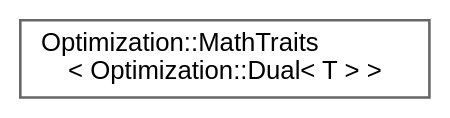
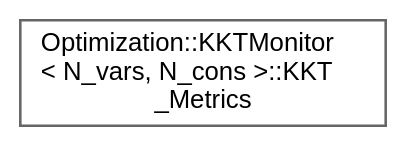
The diagram in inherit_graph_35.dot (jswoo0615/Algorithms_for_Optimization_cpp), drawn with Graphviz before and after one commit. The commit also changed 128 other files, not shown here.

```diff
--- a/inherit_graph_35.dot
+++ b/inherit_graph_35.dot
@@ -1,9 +1,9 @@
 digraph "Graphical Class Hierarchy"
 {
  // LATEX_PDF_SIZE
   bgcolor="transparent";
   edge [fontname=Helvetica,fontsize=10,labelfontname=Helvetica,labelfontsize=10];
   node [fontname=Helvetica,fontsize=10,shape=box,height=0.2,width=0.4];
   rankdir="LR";
-  Node0 [id="Node000000",label="Optimization::MathTraits\l\< Optimization::Dual\< T \> \>",height=0.2,width=0.4,color="grey40", fillcolor="white", style="filled",URL="$structOptimization_1_1MathTraits_3_01Optimization_1_1Dual_3_01T_01_4_01_4.html",tooltip=" "];
+  Node0 [id="Node000000",label="Optimization::KKTMonitor\l\< N_vars, N_cons \>::KKT\l_Metrics",height=0.2,width=0.4,color="grey40", fillcolor="white", style="filled",URL="$structOptimization_1_1KKTMonitor_1_1KKT__Metrics.html",tooltip="KKT 검증 과정에서 측정된 오차 지표들을 저장하는 구조체"];
 }
```
